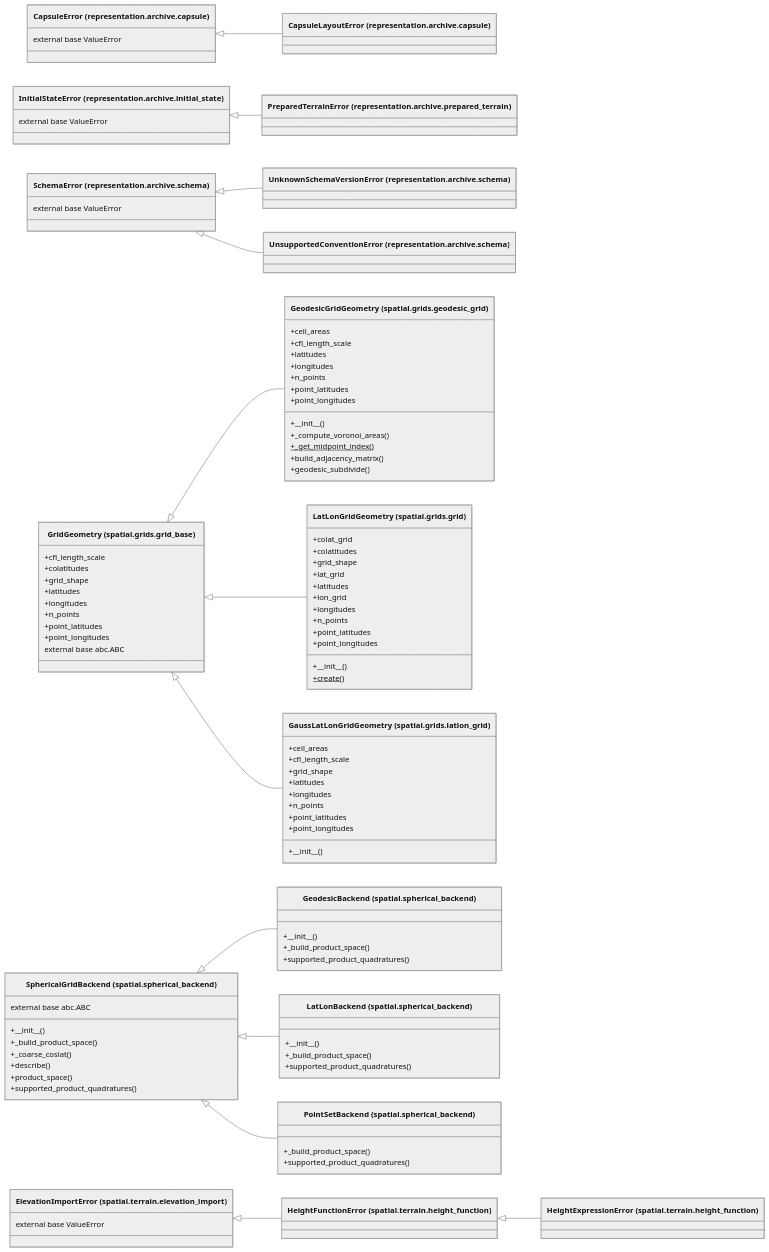
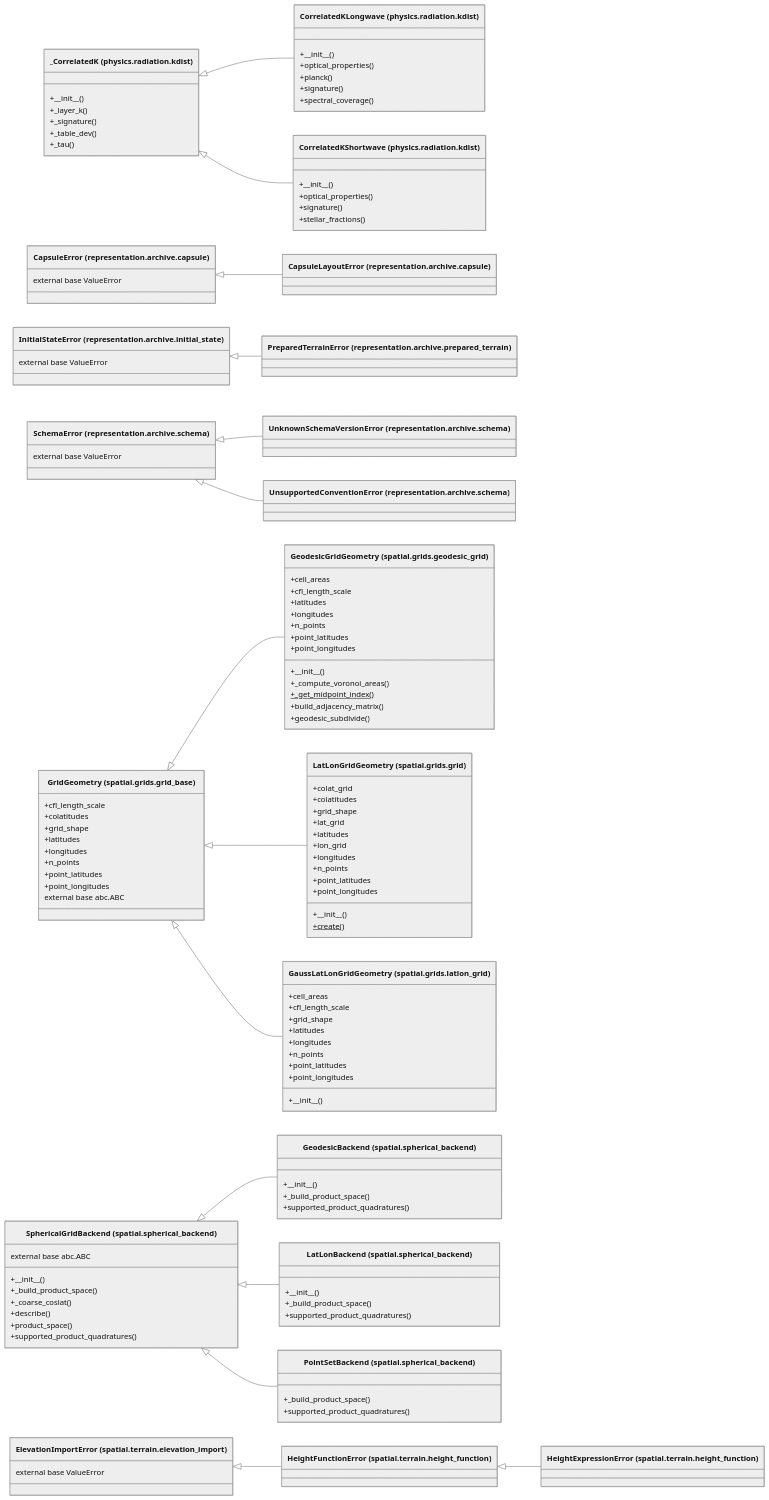
The diagram in docs/architecture/current/classes.mmd (AlexandreEros/Palintropos), drawn with Mermaid (neutral theme) before and after one commit. The commit also changed 50 other files, not shown here.

First line of the commit message:
Add radiative-dynamical foundation: column physics, gray and correlated-k optics, PE coupling

```diff
--- a/docs/architecture/current/classes.mmd
+++ b/docs/architecture/current/classes.mmd
@@ -1,95 +1,114 @@
 %% Generated by tools.architecture 2.0.0. Do not edit by hand.
 %% Classes that take part in an inheritance edge between analysed classes, with the functions defined in each class body.
 classDiagram
     direction LR
+    class c_tropoi_ophysics_oradiation_okdist_oCorrelatedKLongwave["CorrelatedKLongwave (physics.radiation.kdist)"]
+    c_tropoi_ophysics_oradiation_okdist_oCorrelatedKLongwave : +#95;#95;init#95;#95;()
+    c_tropoi_ophysics_oradiation_okdist_oCorrelatedKLongwave : +optical#95;properties()
+    c_tropoi_ophysics_oradiation_okdist_oCorrelatedKLongwave : +planck()
+    c_tropoi_ophysics_oradiation_okdist_oCorrelatedKLongwave : +signature()
+    c_tropoi_ophysics_oradiation_okdist_oCorrelatedKLongwave : +spectral#95;coverage()
+    class c_tropoi_ophysics_oradiation_okdist_oCorrelatedKShortwave["CorrelatedKShortwave (physics.radiation.kdist)"]
+    c_tropoi_ophysics_oradiation_okdist_oCorrelatedKShortwave : +#95;#95;init#95;#95;()
+    c_tropoi_ophysics_oradiation_okdist_oCorrelatedKShortwave : +optical#95;properties()
+    c_tropoi_ophysics_oradiation_okdist_oCorrelatedKShortwave : +signature()
+    c_tropoi_ophysics_oradiation_okdist_oCorrelatedKShortwave : +stellar#95;fractions()
+    class c_tropoi_ophysics_oradiation_okdist_o__CorrelatedK["_CorrelatedK (physics.radiation.kdist)"]
+    c_tropoi_ophysics_oradiation_okdist_o__CorrelatedK : +#95;#95;init#95;#95;()
+    c_tropoi_ophysics_oradiation_okdist_o__CorrelatedK : +#95;layer#95;k()
+    c_tropoi_ophysics_oradiation_okdist_o__CorrelatedK : +#95;signature()
+    c_tropoi_ophysics_oradiation_okdist_o__CorrelatedK : +#95;table#95;dev()
+    c_tropoi_ophysics_oradiation_okdist_o__CorrelatedK : +#95;tau()
     class c_tropoi_orepresentation_oarchive_ocapsule_oCapsuleError["CapsuleError (representation.archive.capsule)"]
     c_tropoi_orepresentation_oarchive_ocapsule_oCapsuleError : external base ValueError
     class c_tropoi_orepresentation_oarchive_ocapsule_oCapsuleLayoutError["CapsuleLayoutError (representation.archive.capsule)"]
     class c_tropoi_orepresentation_oarchive_oinitial__state_oInitialStateError["InitialStateError (representation.archive.initial_state)"]
     c_tropoi_orepresentation_oarchive_oinitial__state_oInitialStateError : external base ValueError
     class c_tropoi_orepresentation_oarchive_oprepared__terrain_oPreparedTerrainError["PreparedTerrainError (representation.archive.prepared_terrain)"]
     class c_tropoi_orepresentation_oarchive_oschema_oSchemaError["SchemaError (representation.archive.schema)"]
     c_tropoi_orepresentation_oarchive_oschema_oSchemaError : external base ValueError
     class c_tropoi_orepresentation_oarchive_oschema_oUnknownSchemaVersionError["UnknownSchemaVersionError (representation.archive.schema)"]
     class c_tropoi_orepresentation_oarchive_oschema_oUnsupportedConventionError["UnsupportedConventionError (representation.archive.schema)"]
     class c_tropoi_ospatial_ogrids_ogeodesic__grid_oGeodesicGridGeometry["GeodesicGridGeometry (spatial.grids.geodesic_grid)"]
     c_tropoi_ospatial_ogrids_ogeodesic__grid_oGeodesicGridGeometry : +#95;#95;init#95;#95;()
     c_tropoi_ospatial_ogrids_ogeodesic__grid_oGeodesicGridGeometry : +#95;compute#95;voronoi#95;areas()
     c_tropoi_ospatial_ogrids_ogeodesic__grid_oGeodesicGridGeometry : +#95;get#95;midpoint#95;index()$
     c_tropoi_ospatial_ogrids_ogeodesic__grid_oGeodesicGridGeometry : +build#95;adjacency#95;matrix()
     c_tropoi_ospatial_ogrids_ogeodesic__grid_oGeodesicGridGeometry : +cell#95;areas
     c_tropoi_ospatial_ogrids_ogeodesic__grid_oGeodesicGridGeometry : +cfl#95;length#95;scale
     c_tropoi_ospatial_ogrids_ogeodesic__grid_oGeodesicGridGeometry : +geodesic#95;subdivide()
     c_tropoi_ospatial_ogrids_ogeodesic__grid_oGeodesicGridGeometry : +latitudes
     c_tropoi_ospatial_ogrids_ogeodesic__grid_oGeodesicGridGeometry : +longitudes
     c_tropoi_ospatial_ogrids_ogeodesic__grid_oGeodesicGridGeometry : +n#95;points
     c_tropoi_ospatial_ogrids_ogeodesic__grid_oGeodesicGridGeometry : +point#95;latitudes
     c_tropoi_ospatial_ogrids_ogeodesic__grid_oGeodesicGridGeometry : +point#95;longitudes
     class c_tropoi_ospatial_ogrids_ogrid_oLatLonGridGeometry["LatLonGridGeometry (spatial.grids.grid)"]
     c_tropoi_ospatial_ogrids_ogrid_oLatLonGridGeometry : +#95;#95;init#95;#95;()
     c_tropoi_ospatial_ogrids_ogrid_oLatLonGridGeometry : +colat#95;grid
     c_tropoi_ospatial_ogrids_ogrid_oLatLonGridGeometry : +colatitudes
     c_tropoi_ospatial_ogrids_ogrid_oLatLonGridGeometry : +create()$
     c_tropoi_ospatial_ogrids_ogrid_oLatLonGridGeometry : +grid#95;shape
     c_tropoi_ospatial_ogrids_ogrid_oLatLonGridGeometry : +lat#95;grid
     c_tropoi_ospatial_ogrids_ogrid_oLatLonGridGeometry : +latitudes
     c_tropoi_ospatial_ogrids_ogrid_oLatLonGridGeometry : +lon#95;grid
     c_tropoi_ospatial_ogrids_ogrid_oLatLonGridGeometry : +longitudes
     c_tropoi_ospatial_ogrids_ogrid_oLatLonGridGeometry : +n#95;points
     c_tropoi_ospatial_ogrids_ogrid_oLatLonGridGeometry : +point#95;latitudes
     c_tropoi_ospatial_ogrids_ogrid_oLatLonGridGeometry : +point#95;longitudes
     class c_tropoi_ospatial_ogrids_ogrid__base_oGridGeometry["GridGeometry (spatial.grids.grid_base)"]
     c_tropoi_ospatial_ogrids_ogrid__base_oGridGeometry : +cfl#95;length#95;scale
     c_tropoi_ospatial_ogrids_ogrid__base_oGridGeometry : +colatitudes
     c_tropoi_ospatial_ogrids_ogrid__base_oGridGeometry : +grid#95;shape
     c_tropoi_ospatial_ogrids_ogrid__base_oGridGeometry : +latitudes
     c_tropoi_ospatial_ogrids_ogrid__base_oGridGeometry : +longitudes
     c_tropoi_ospatial_ogrids_ogrid__base_oGridGeometry : +n#95;points
     c_tropoi_ospatial_ogrids_ogrid__base_oGridGeometry : +point#95;latitudes
     c_tropoi_ospatial_ogrids_ogrid__base_oGridGeometry : +point#95;longitudes
     c_tropoi_ospatial_ogrids_ogrid__base_oGridGeometry : external base abc.ABC
     class c_tropoi_ospatial_ogrids_olatlon__grid_oGaussLatLonGridGeometry["GaussLatLonGridGeometry (spatial.grids.latlon_grid)"]
     c_tropoi_ospatial_ogrids_olatlon__grid_oGaussLatLonGridGeometry : +#95;#95;init#95;#95;()
     c_tropoi_ospatial_ogrids_olatlon__grid_oGaussLatLonGridGeometry : +cell#95;areas
     c_tropoi_ospatial_ogrids_olatlon__grid_oGaussLatLonGridGeometry : +cfl#95;length#95;scale
     c_tropoi_ospatial_ogrids_olatlon__grid_oGaussLatLonGridGeometry : +grid#95;shape
     c_tropoi_ospatial_ogrids_olatlon__grid_oGaussLatLonGridGeometry : +latitudes
     c_tropoi_ospatial_ogrids_olatlon__grid_oGaussLatLonGridGeometry : +longitudes
     c_tropoi_ospatial_ogrids_olatlon__grid_oGaussLatLonGridGeometry : +n#95;points
     c_tropoi_ospatial_ogrids_olatlon__grid_oGaussLatLonGridGeometry : +point#95;latitudes
     c_tropoi_ospatial_ogrids_olatlon__grid_oGaussLatLonGridGeometry : +point#95;longitudes
     class c_tropoi_ospatial_ospherical__backend_oGeodesicBackend["GeodesicBackend (spatial.spherical_backend)"]
     c_tropoi_ospatial_ospherical__backend_oGeodesicBackend : +#95;#95;init#95;#95;()
     c_tropoi_ospatial_ospherical__backend_oGeodesicBackend : +#95;build#95;product#95;space()
     c_tropoi_ospatial_ospherical__backend_oGeodesicBackend : +supported#95;product#95;quadratures()
     class c_tropoi_ospatial_ospherical__backend_oLatLonBackend["LatLonBackend (spatial.spherical_backend)"]
     c_tropoi_ospatial_ospherical__backend_oLatLonBackend : +#95;#95;init#95;#95;()
     c_tropoi_ospatial_ospherical__backend_oLatLonBackend : +#95;build#95;product#95;space()
     c_tropoi_ospatial_ospherical__backend_oLatLonBackend : +supported#95;product#95;quadratures()
     class c_tropoi_ospatial_ospherical__backend_oPointSetBackend["PointSetBackend (spatial.spherical_backend)"]
     c_tropoi_ospatial_ospherical__backend_oPointSetBackend : +#95;build#95;product#95;space()
     c_tropoi_ospatial_ospherical__backend_oPointSetBackend : +supported#95;product#95;quadratures()
     class c_tropoi_ospatial_ospherical__backend_oSphericalGridBackend["SphericalGridBackend (spatial.spherical_backend)"]
     c_tropoi_ospatial_ospherical__backend_oSphericalGridBackend : +#95;#95;init#95;#95;()
     c_tropoi_ospatial_ospherical__backend_oSphericalGridBackend : +#95;build#95;product#95;space()
     c_tropoi_ospatial_ospherical__backend_oSphericalGridBackend : +#95;coarse#95;coslat()
     c_tropoi_ospatial_ospherical__backend_oSphericalGridBackend : +describe()
     c_tropoi_ospatial_ospherical__backend_oSphericalGridBackend : +product#95;space()
     c_tropoi_ospatial_ospherical__backend_oSphericalGridBackend : +supported#95;product#95;quadratures()
     c_tropoi_ospatial_ospherical__backend_oSphericalGridBackend : external base abc.ABC
     class c_tropoi_ospatial_oterrain_oelevation__import_oElevationImportError["ElevationImportError (spatial.terrain.elevation_import)"]
     c_tropoi_ospatial_oterrain_oelevation__import_oElevationImportError : external base ValueError
     class c_tropoi_ospatial_oterrain_oheight__function_oHeightExpressionError["HeightExpressionError (spatial.terrain.height_function)"]
     class c_tropoi_ospatial_oterrain_oheight__function_oHeightFunctionError["HeightFunctionError (spatial.terrain.height_function)"]
+    c_tropoi_ophysics_oradiation_okdist_o__CorrelatedK <|-- c_tropoi_ophysics_oradiation_okdist_oCorrelatedKLongwave
+    c_tropoi_ophysics_oradiation_okdist_o__CorrelatedK <|-- c_tropoi_ophysics_oradiation_okdist_oCorrelatedKShortwave
     c_tropoi_orepresentation_oarchive_ocapsule_oCapsuleError <|-- c_tropoi_orepresentation_oarchive_ocapsule_oCapsuleLayoutError
     c_tropoi_orepresentation_oarchive_oinitial__state_oInitialStateError <|-- c_tropoi_orepresentation_oarchive_oprepared__terrain_oPreparedTerrainError
     c_tropoi_orepresentation_oarchive_oschema_oSchemaError <|-- c_tropoi_orepresentation_oarchive_oschema_oUnknownSchemaVersionError
     c_tropoi_orepresentation_oarchive_oschema_oSchemaError <|-- c_tropoi_orepresentation_oarchive_oschema_oUnsupportedConventionError
     c_tropoi_ospatial_ogrids_ogrid__base_oGridGeometry <|-- c_tropoi_ospatial_ogrids_ogeodesic__grid_oGeodesicGridGeometry
     c_tropoi_ospatial_ogrids_ogrid__base_oGridGeometry <|-- c_tropoi_ospatial_ogrids_ogrid_oLatLonGridGeometry
     c_tropoi_ospatial_ogrids_ogrid__base_oGridGeometry <|-- c_tropoi_ospatial_ogrids_olatlon__grid_oGaussLatLonGridGeometry
     c_tropoi_ospatial_ospherical__backend_oSphericalGridBackend <|-- c_tropoi_ospatial_ospherical__backend_oGeodesicBackend
     c_tropoi_ospatial_ospherical__backend_oSphericalGridBackend <|-- c_tropoi_ospatial_ospherical__backend_oLatLonBackend
     c_tropoi_ospatial_ospherical__backend_oSphericalGridBackend <|-- c_tropoi_ospatial_ospherical__backend_oPointSetBackend
     c_tropoi_ospatial_oterrain_oheight__function_oHeightFunctionError <|-- c_tropoi_ospatial_oterrain_oheight__function_oHeightExpressionError
     c_tropoi_ospatial_oterrain_oelevation__import_oElevationImportError <|-- c_tropoi_ospatial_oterrain_oheight__function_oHeightFunctionError
```
